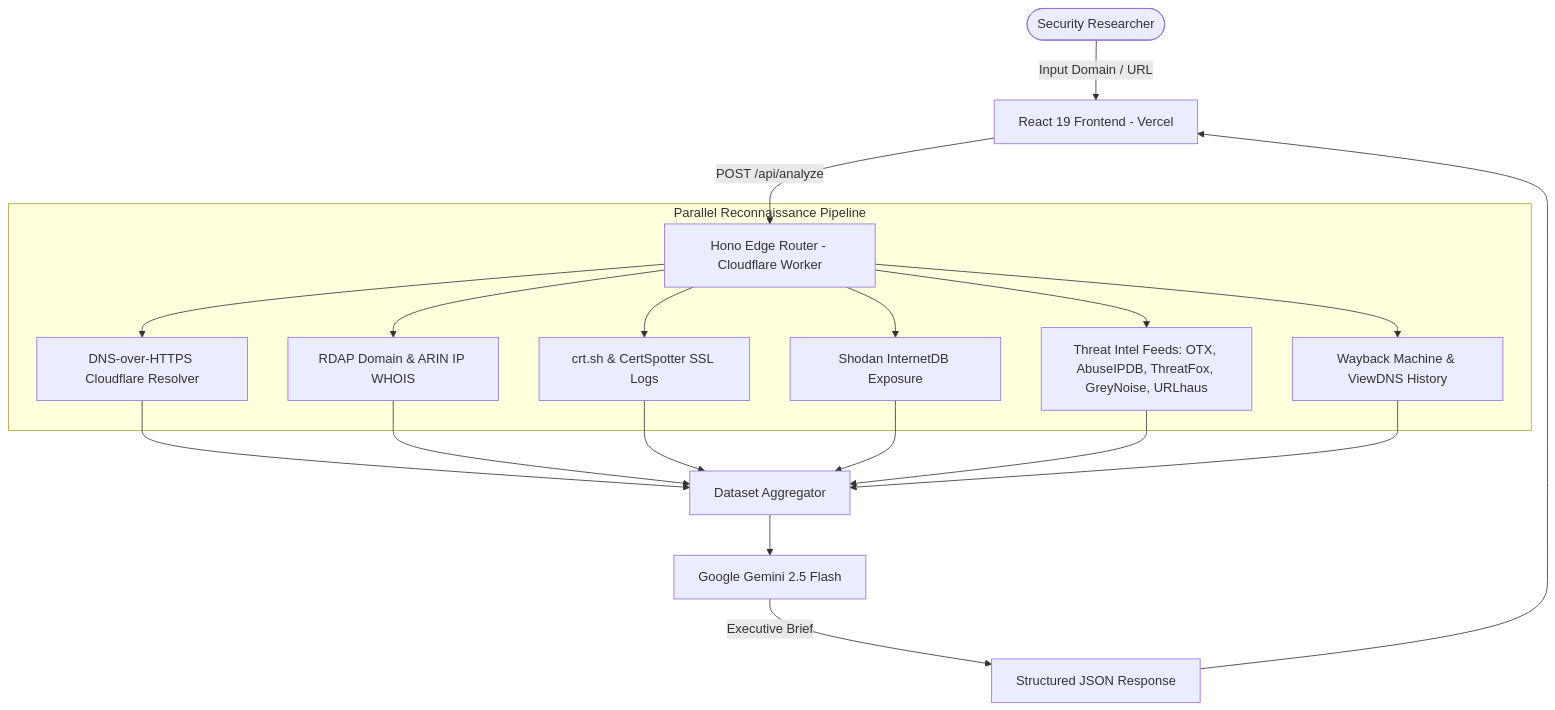
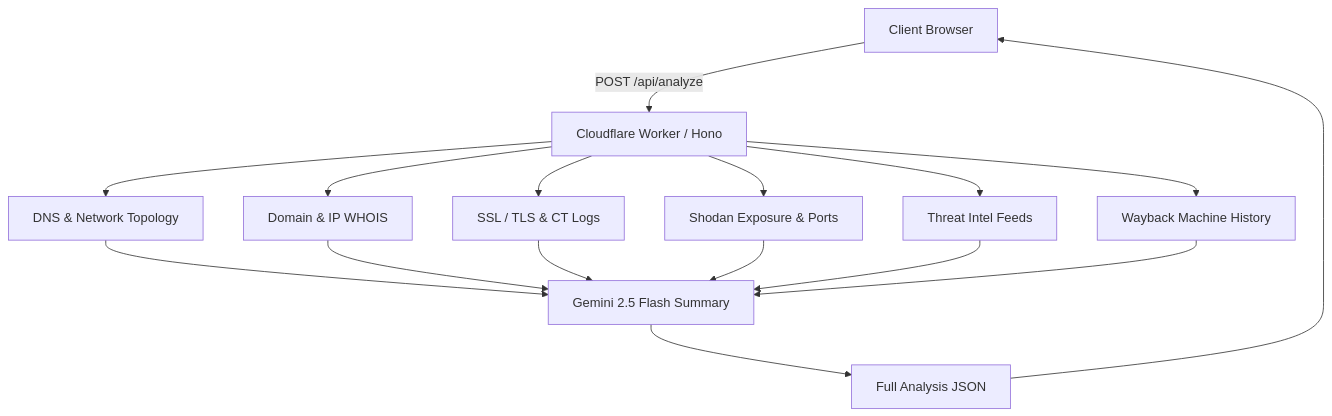
One commit to athx1337/webtrace changed the diagram in README.md. Above: the diagram before and after it, drawn with Mermaid. The commit also changed other lines of this file, not shown here.

Commit message:
docs: simplify README and fix GitHub mermaid chart rendering

````diff
--- a/README.md
+++ b/README.md
@@ -38,25 +34,21 @@
 ```mermaid
-graph TD
-    User([Security Researcher]) -->|Input Domain / URL| FE[React 19 Frontend - Vercel]
-    FE -->|POST /api/analyze| CF[Hono Edge Router - Cloudflare Worker]
+flowchart TD
+    A[Client Browser] -->|POST /api/analyze| B[Cloudflare Worker / Hono]
     
-    subgraph Parallel Reconnaissance Pipeline
-        CF --> DoH[DNS-over-HTTPS Cloudflare Resolver]
-        CF --> RDAP[RDAP Domain & ARIN IP WHOIS]
-        CF --> CT[crt.sh & CertSpotter SSL Logs]
-        CF --> Shodan[Shodan InternetDB Exposure]
-        CF --> Threat[Threat Intel Feeds: OTX, AbuseIPDB, ThreatFox, GreyNoise, URLhaus]
-        CF --> Wayback[Wayback Machine & ViewDNS History]
-    end
-
-    DoH --> Aggregator[Dataset Aggregator]
-    RDAP --> Aggregator
-    CT --> Aggregator
-    Shodan --> Aggregator
-    Threat --> Aggregator
-    Wayback --> Aggregator
-
-    Aggregator --> Gemini[Google Gemini 2.5 Flash]
-    Gemini -->|Executive Brief| Response[Structured JSON Response]
-    Response --> FE
+    B --> C1[DNS & Network Topology]
+    B --> C2[Domain & IP WHOIS]
+    B --> C3[SSL / TLS & CT Logs]
+    B --> C4[Shodan Exposure & Ports]
+    B --> C5[Threat Intel Feeds]
+    B --> C6[Wayback Machine History]
+    
+    C1 --> D[Gemini 2.5 Flash Summary]
+    C2 --> D
+    C3 --> D
+    C4 --> D
+    C5 --> D
+    C6 --> D
+    
+    D --> E[Full Analysis JSON]
+    E --> A
 ```
````
